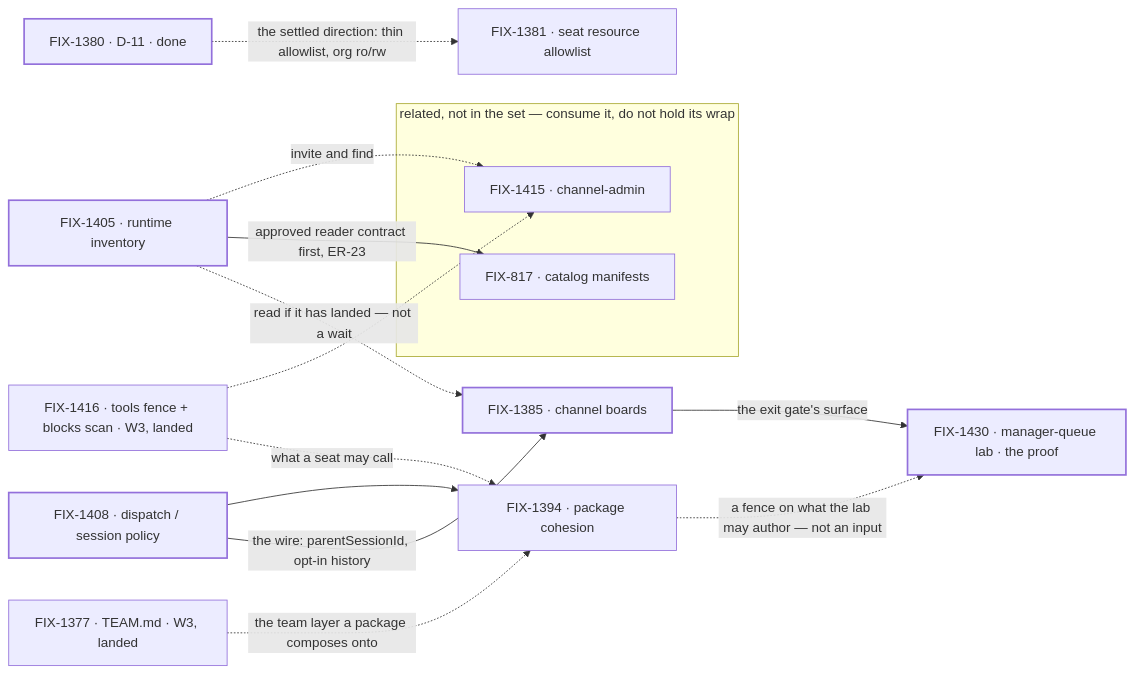
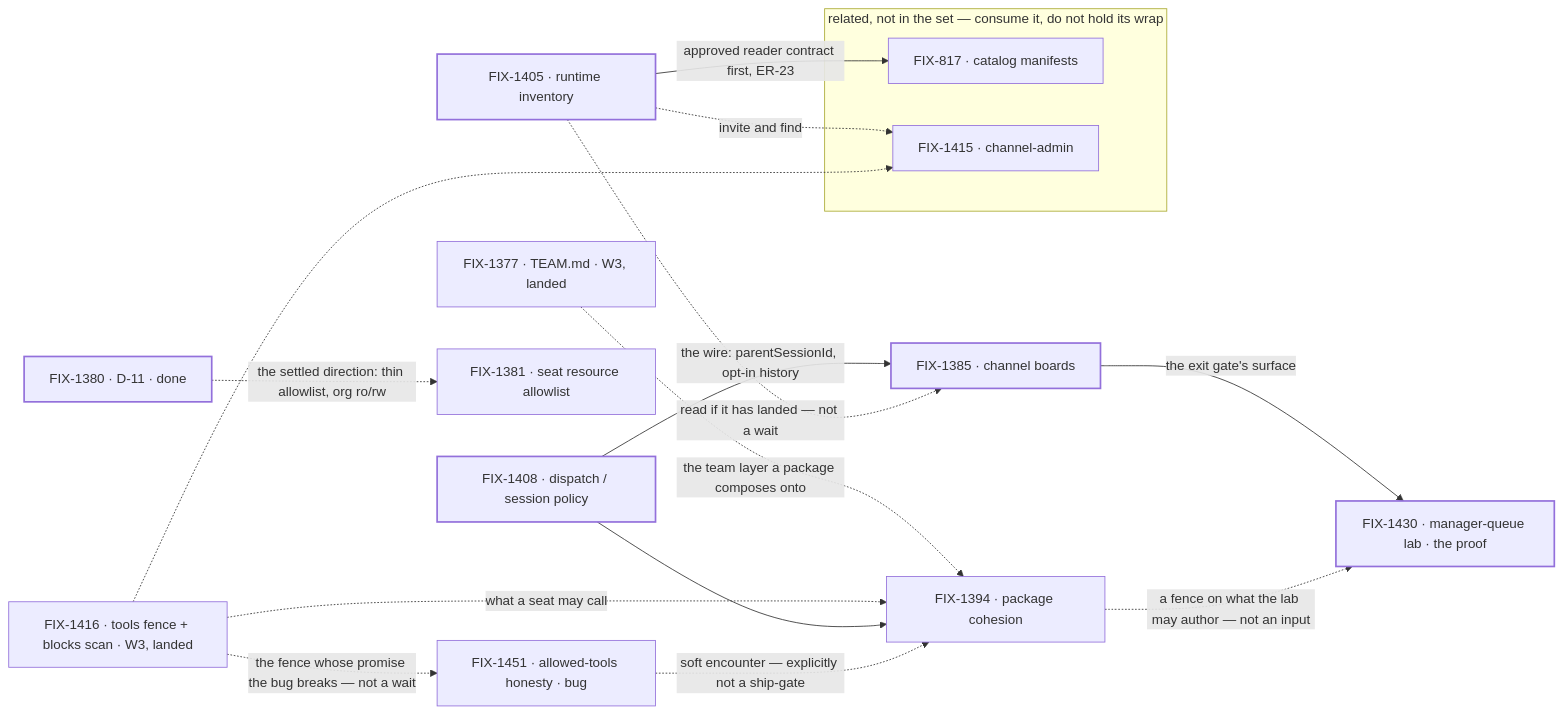
The diagram in spec/_epics/work-routing-package-cohesion/SPEC.md (fixpoint-labs/flow-state-dev), drawn with Mermaid before and after one commit. The commit also changed other lines of this file and 4 other files, not shown here.

````diff
--- a/spec/_epics/work-routing-package-cohesion/SPEC.md
+++ b/spec/_epics/work-routing-package-cohesion/SPEC.md
@@ -120,20 +134,22 @@
 ```mermaid
 flowchart LR
   T377["FIX-1377 · TEAM.md · W3, landed"] -.->|"the team layer a package composes onto"| PK
   T416["FIX-1416 · tools fence + blocks scan · W3, landed"] -.->|"what a seat may call"| PK
   DP["FIX-1408 · dispatch / session policy"] -->|"the wire: parentSessionId, opt-in history"| BD
   DP --> PK["FIX-1394 · package cohesion"]
   INV["FIX-1405 · runtime inventory"] -.->|"read if it has landed — not a wait"| BD["FIX-1385 · channel boards"]
   BD -->|"the exit gate's surface"| LAB["FIX-1430 · manager-queue lab · the proof"]
   PK -.->|"a fence on what the lab may author — not an input"| LAB
   D11["FIX-1380 · D-11 · done"] -.->|"the settled direction: thin allowlist, org ro/rw"| ACL["FIX-1381 · seat resource allowlist"]
+  T416 -.->|"the fence whose promise the bug breaks — not a wait"| HON["FIX-1451 · allowed-tools honesty · bug"]
+  HON -.->|"soft encounter — explicitly not a ship-gate"| PK
   subgraph REL ["related, not in the set — consume it, do not hold its wrap"]
     CAT["FIX-817 · catalog manifests"]
     ADM["FIX-1415 · channel-admin"]
   end
   INV -->|"approved reader contract first, ER-23"| CAT
   INV -.->|"invite and find"| ADM
   T416 -.-> ADM
   classDef done stroke-width:2px
   class DP,BD,INV,LAB,D11 done
 ```
````
